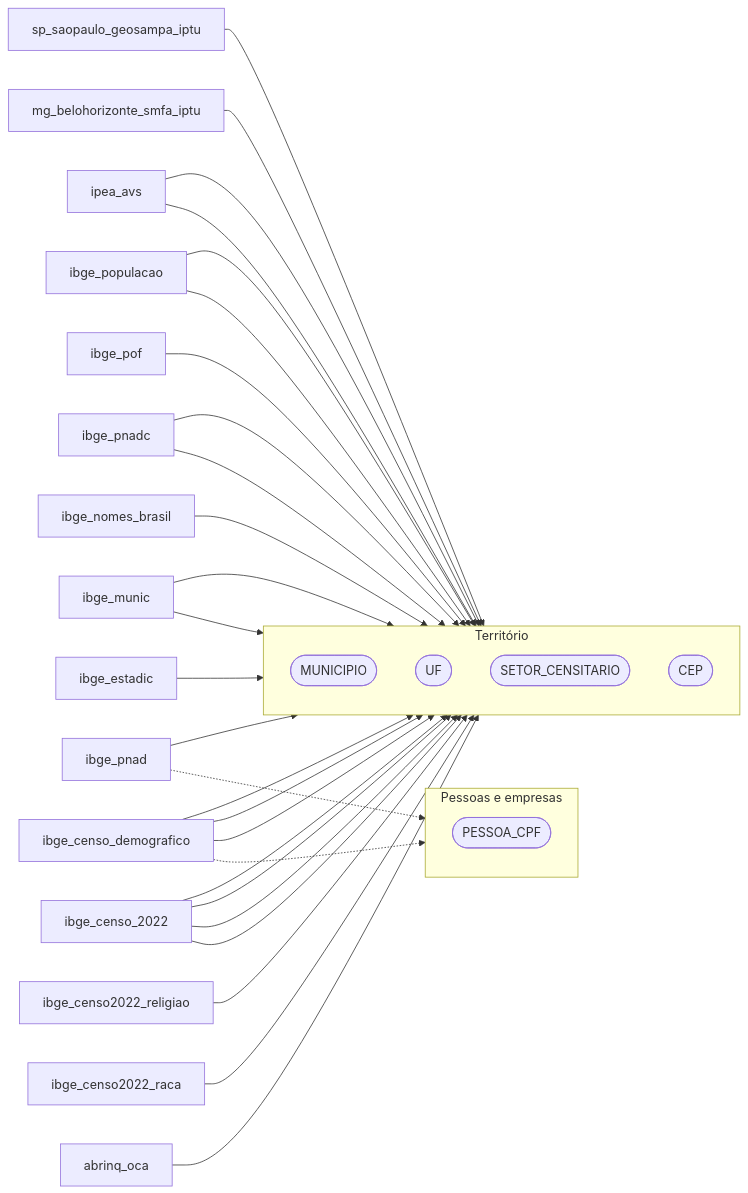
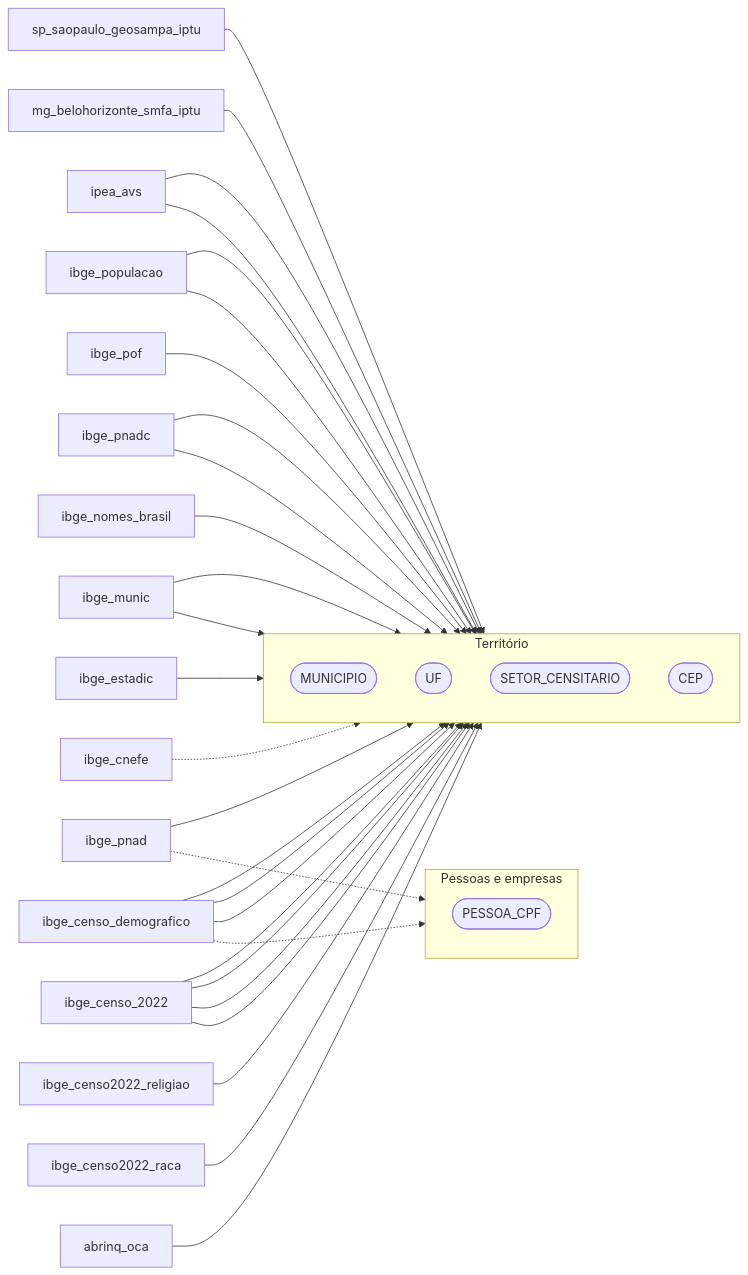
One commit to rafapolo/rodado changed the tenth of 12 diagrams in docs/Flow.md. Above: the diagram before and after it, drawn with Mermaid. The commit also changed other lines of this file and 4 other files, not shown here.

First line of the commit message:
docs: regenera Flow.md/Temas.md (226 datasets), remove benchmarks obsoletos

````diff
--- a/docs/Flow.md
+++ b/docs/Flow.md
@@ -862,55 +923,57 @@
 ```mermaid
 flowchart LR
     demografia_br_abrinq_oca["abrinq_oca"]
     demografia_br_ibge_censo2022_raca["ibge_censo2022_raca"]
     demografia_br_ibge_censo2022_religiao["ibge_censo2022_religiao"]
     demografia_br_ibge_censo_2022["ibge_censo_2022"]
     demografia_br_ibge_censo_demografico["ibge_censo_demografico"]
+    demografia_br_ibge_cnefe["ibge_cnefe"]
     demografia_br_ibge_estadic["ibge_estadic"]
     demografia_br_ibge_munic["ibge_munic"]
     demografia_br_ibge_nomes_brasil["ibge_nomes_brasil"]
     demografia_br_ibge_pnad["ibge_pnad"]
     demografia_br_ibge_pnadc["ibge_pnadc"]
     demografia_br_ibge_pof["ibge_pof"]
     demografia_br_ibge_populacao["ibge_populacao"]
     demografia_br_ipea_avs["ipea_avs"]
     demografia_br_mg_belohorizonte_smfa_iptu["mg_belohorizonte_smfa_iptu"]
     demografia_br_sp_saopaulo_geosampa_iptu["sp_saopaulo_geosampa_iptu"]
     subgraph demografia_g_territ_rio["Território"]
         direction TB
         demografia_MUNICIPIO(["MUNICIPIO"])
         demografia_UF(["UF"])
         demografia_SETOR_CENSITARIO(["SETOR_CENSITARIO"])
         demografia_CEP(["CEP"])
     end
     subgraph demografia_g_pessoas_e_empresas["Pessoas e empresas"]
         direction TB
         demografia_PESSOA_CPF(["PESSOA_CPF"])
     end
     demografia_br_abrinq_oca --> demografia_MUNICIPIO
     demografia_br_ibge_censo2022_raca --> demografia_MUNICIPIO
     demografia_br_ibge_censo2022_religiao --> demografia_MUNICIPIO
     demografia_br_ibge_censo_2022 --> demografia_CEP
     demografia_br_ibge_censo_2022 --> demografia_MUNICIPIO
     demografia_br_ibge_censo_2022 --> demografia_SETOR_CENSITARIO
     demografia_br_ibge_censo_2022 --> demografia_UF
     demografia_br_ibge_censo_demografico --> demografia_MUNICIPIO
     demografia_br_ibge_censo_demografico -.-> demografia_PESSOA_CPF
     demografia_br_ibge_censo_demografico --> demografia_SETOR_CENSITARIO
     demografia_br_ibge_censo_demografico --> demografia_UF
+    demografia_br_ibge_cnefe -.-> demografia_MUNICIPIO
     demografia_br_ibge_estadic --> demografia_UF
     demografia_br_ibge_munic --> demografia_MUNICIPIO
     demografia_br_ibge_munic --> demografia_UF
     demografia_br_ibge_nomes_brasil --> demografia_MUNICIPIO
     demografia_br_ibge_pnad -.-> demografia_PESSOA_CPF
     demografia_br_ibge_pnad --> demografia_UF
     demografia_br_ibge_pnadc --> demografia_MUNICIPIO
     demografia_br_ibge_pnadc --> demografia_UF
     demografia_br_ibge_pof --> demografia_UF
     demografia_br_ibge_populacao --> demografia_MUNICIPIO
     demografia_br_ibge_populacao --> demografia_UF
     demografia_br_ipea_avs --> demografia_MUNICIPIO
     demografia_br_ipea_avs --> demografia_UF
     demografia_br_mg_belohorizonte_smfa_iptu --> demografia_CEP
     demografia_br_sp_saopaulo_geosampa_iptu --> demografia_CEP
 ```
````
